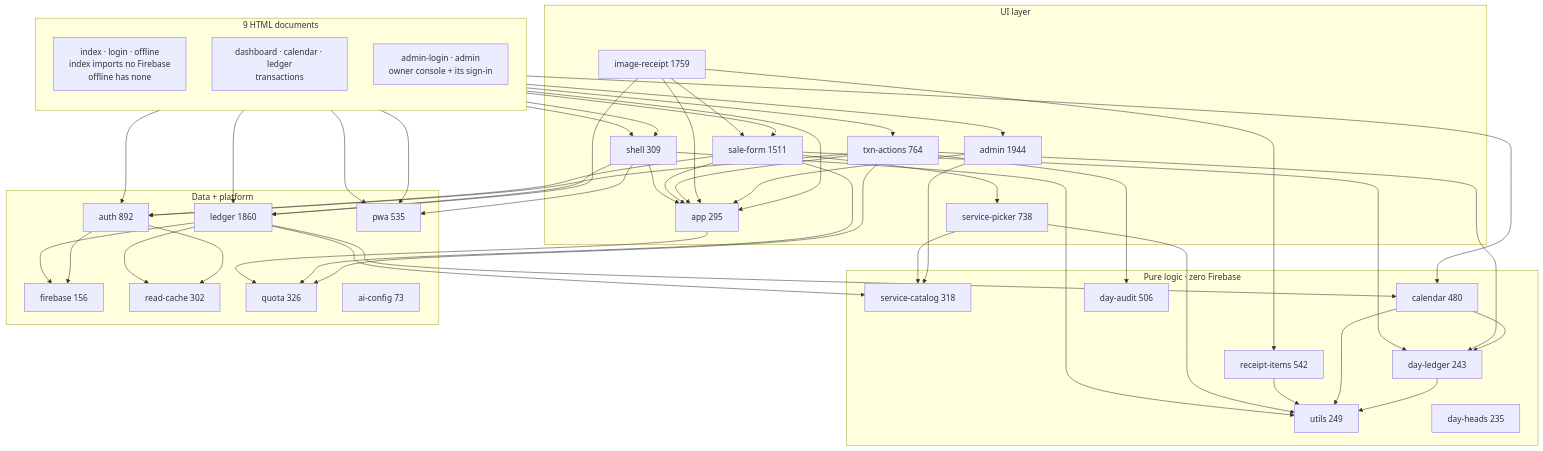
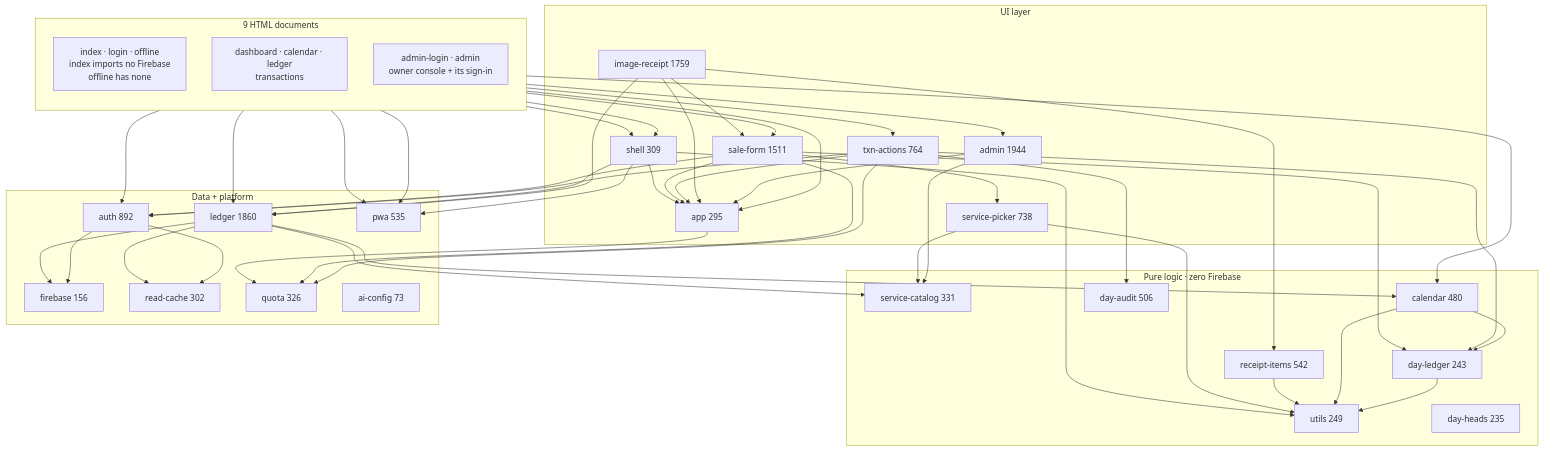
One commit to arshinmrelju/leadger changed the diagram in docs/ARCHITECTURE.md. Above: the diagram before and after it, drawn with Mermaid. The commit also changed 2 other files, not shown here.

Commit message:
feat(catalog): add NCLC (Non-Creamy Layer Certificate)
Append NCLC to the Certificates & vital records band (800s, sortOrder 830), code NC, seeded at 0 like the other defaults.

docs: catalog count 49 -> 50, add NCLC to the 800s listing, refresh the service-catalog line count.

```diff
--- a/docs/ARCHITECTURE.md
+++ b/docs/ARCHITECTURE.md
@@ -23,7 +23,7 @@
 
     subgraph PURE["Pure logic · zero Firebase"]
         UTIL["utils 249"]
-        CAT["service-catalog 318"]
+        CAT["service-catalog 331"]
         DH["day-heads 235"]
         DL["day-ledger 243"]
         CAL["calendar 480"]
```
